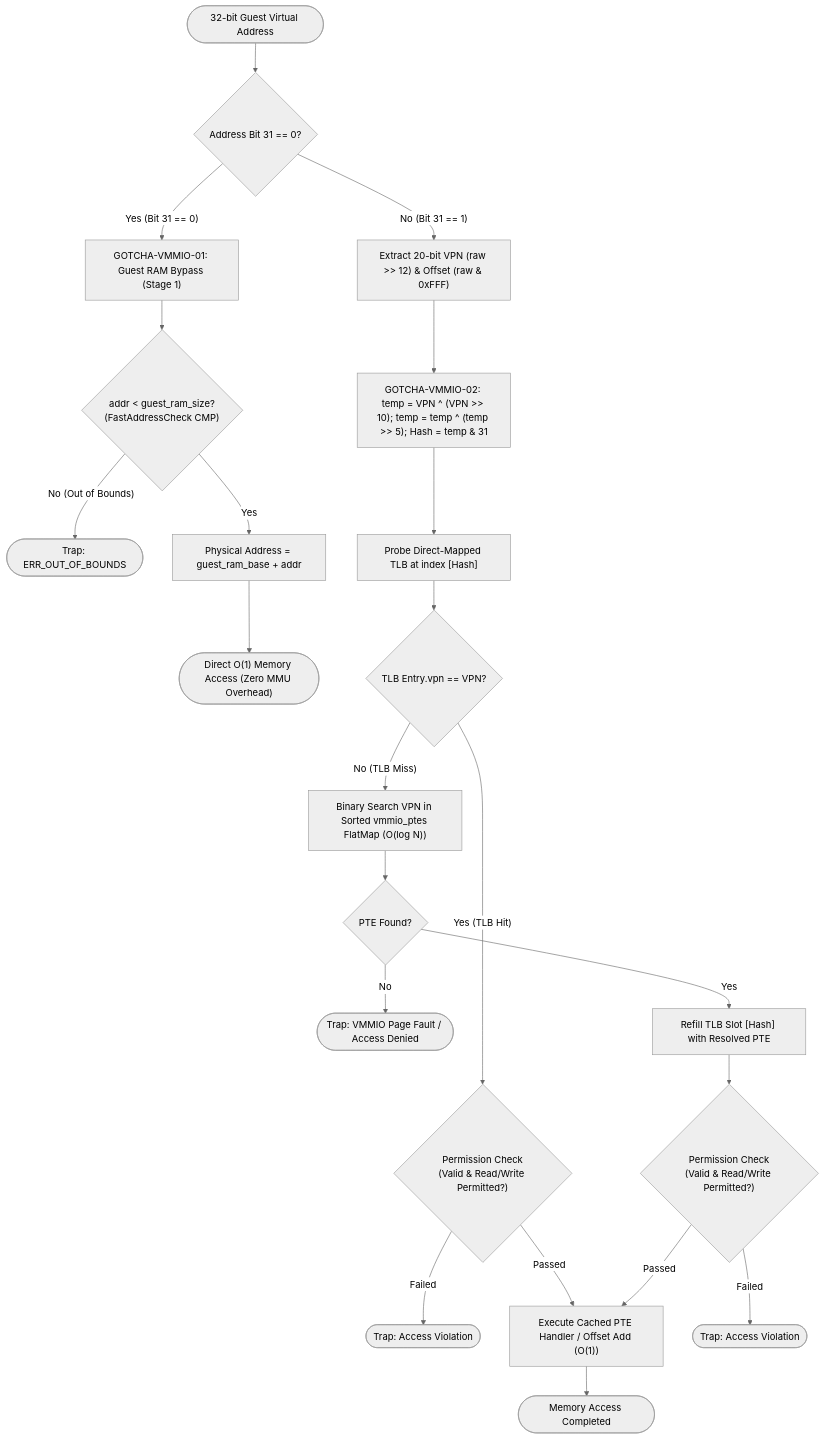
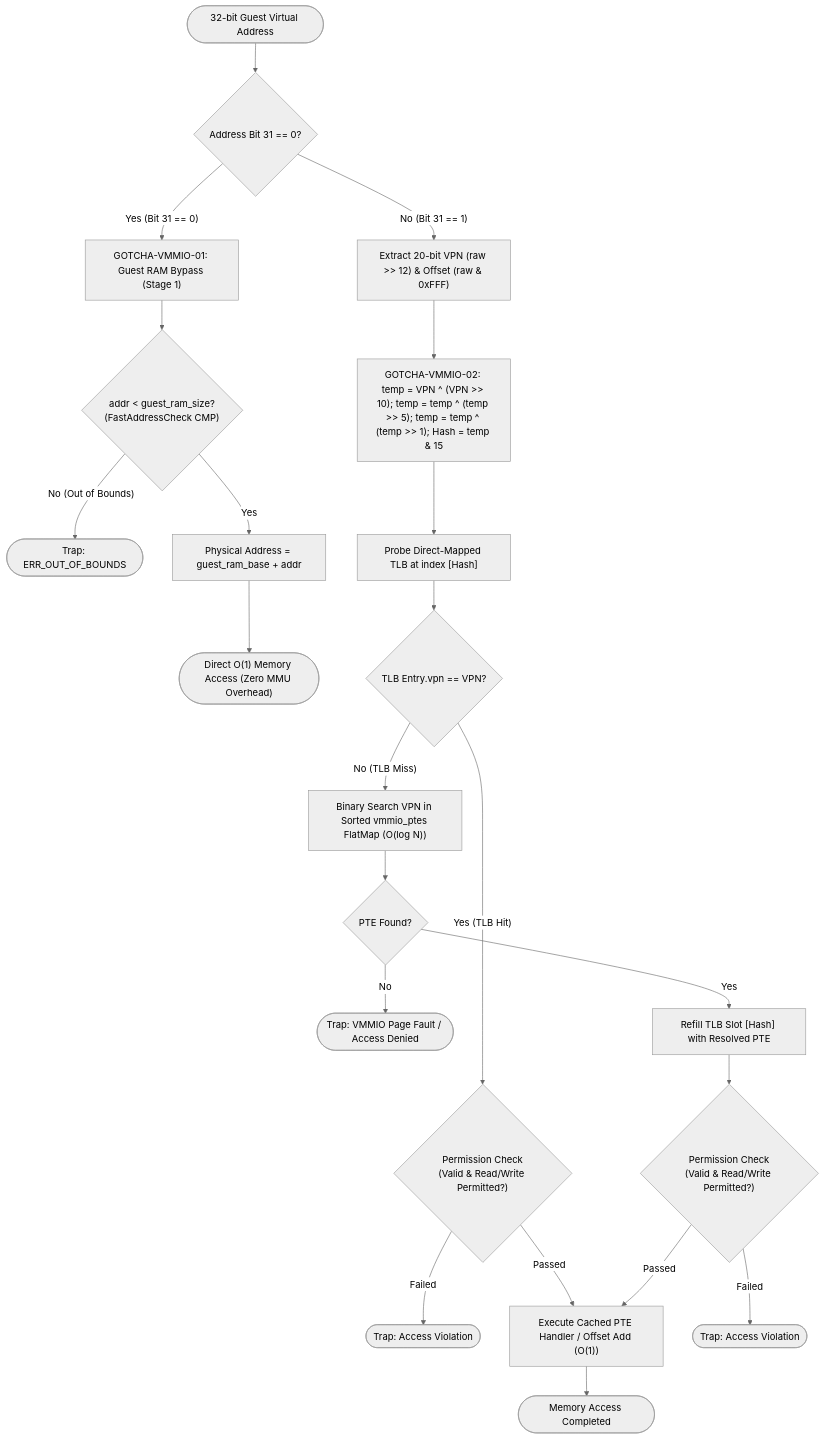
One commit to kmt-t/fireball changed the second of 6 diagrams in docs/components/tier2_runtime/runtime_vmmio.md. Above: the diagram before and after it, drawn with Mermaid (neutral theme). The commit also changed other lines of this file and 18 other files, not shown here.

````diff
--- a/docs/components/tier2_runtime/runtime_vmmio.md
+++ b/docs/components/tier2_runtime/runtime_vmmio.md
@@ -183,28 +183,28 @@
 ```mermaid
 flowchart TD
     Start(["32-bit Guest Virtual Address"]) --> CheckBit31{"Address Bit 31 == 0?"}
 
     CheckBit31 -- "Yes (Bit 31 == 0)" --> RAMBypass["GOTCHA-VMMIO-01: Guest RAM Bypass (Stage 1)"]
     RAMBypass --> CheckRAMBounds{"addr < guest_ram_size?<br/>(FastAddressCheck CMP)"}
     CheckRAMBounds -- "No (Out of Bounds)" --> TrapOOB(["Trap: ERR_OUT_OF_BOUNDS"])
     CheckRAMBounds -- "Yes" --> CalcRAM["Physical Address = guest_ram_base + addr"]
     CalcRAM --> DirectAccess(["Direct O(1) Memory Access (Zero MMU Overhead)"])
 
     CheckBit31 -- "No (Bit 31 == 1)" --> ExtractVPN["Extract 20-bit VPN (raw >> 12) & Offset (raw & 0xFFF)"]
-    ExtractVPN --> FoldingXOR["GOTCHA-VMMIO-02: temp = VPN ^ (VPN >> 10); temp = temp ^ (temp >> 5); Hash = temp & 31"]
+    ExtractVPN --> FoldingXOR["GOTCHA-VMMIO-02: temp = VPN ^ (VPN >> 10); temp = temp ^ (temp >> 5); temp = temp ^ (temp >> 1); Hash = temp & 15"]
     FoldingXOR --> ProbeTLB["Probe Direct-Mapped TLB at index [Hash]"]
 
     ProbeTLB --> TLBHit{"TLB Entry.vpn == VPN?"}
     TLBHit -- "Yes (TLB Hit)" --> CheckPermHit{"Permission Check<br/>(Valid & Read/Write Permitted?)"}
     CheckPermHit -- "Failed" --> TrapAccessHit(["Trap: Access Violation"])
     CheckPermHit -- "Passed" --> ExecHandler["Execute Cached PTE Handler / Offset Add (O(1))"]
     ExecHandler --> Complete(["Memory Access Completed"])
 
     TLBHit -- "No (TLB Miss)" --> FlatMapWalk["Binary Search VPN in Sorted vmmio_ptes FlatMap (O(log N))"]
     FlatMapWalk --> WalkFound{"PTE Found?"}
     WalkFound -- "No" --> Fault(["Trap: VMMIO Page Fault / Access Denied"])
     WalkFound -- "Yes" --> RefillTLB["Refill TLB Slot [Hash] with Resolved PTE"]
     RefillTLB --> CheckPermMiss{"Permission Check<br/>(Valid & Read/Write Permitted?)"}
     CheckPermMiss -- "Failed" --> TrapAccessMiss(["Trap: Access Violation"])
     CheckPermMiss -- "Passed" --> ExecHandler
 ```
````
